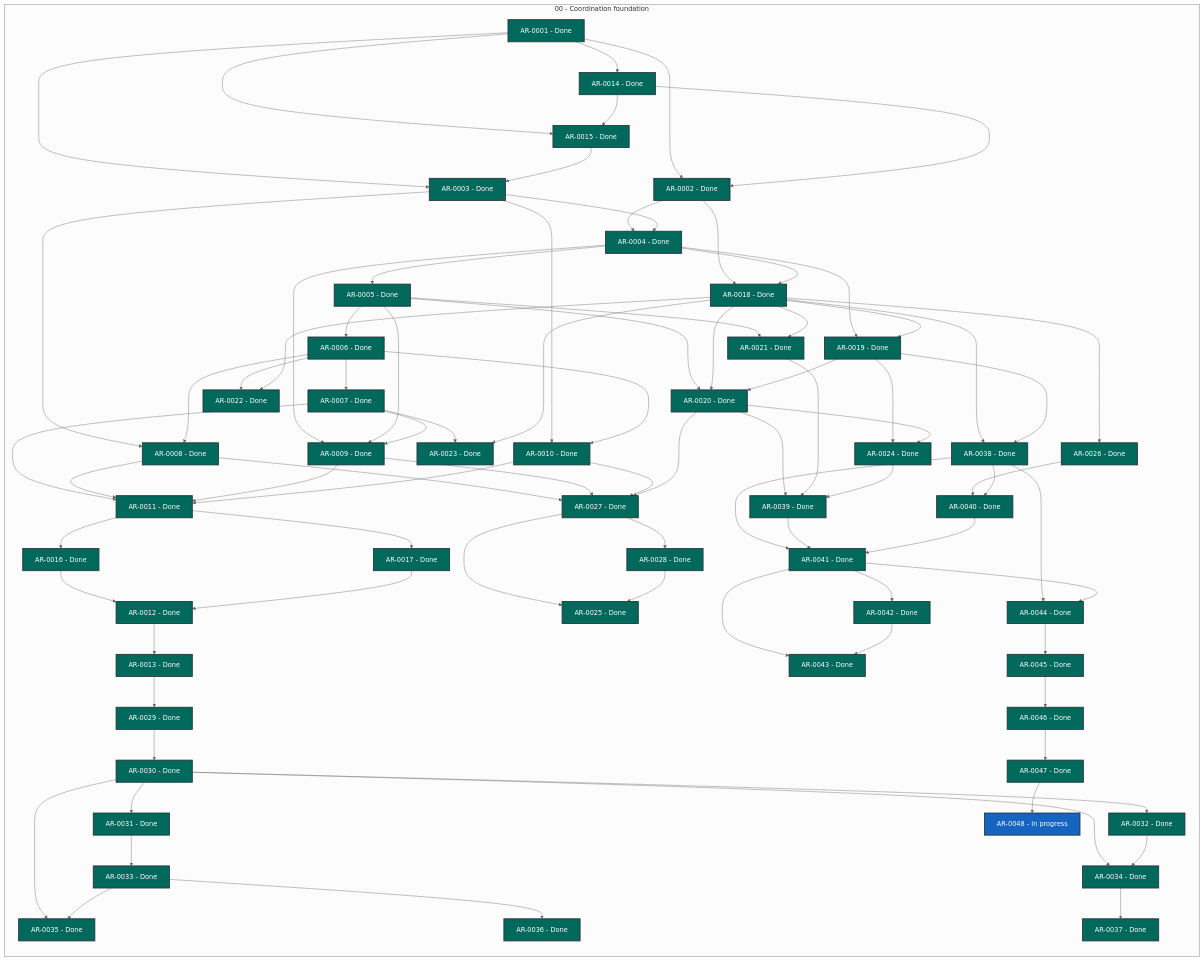
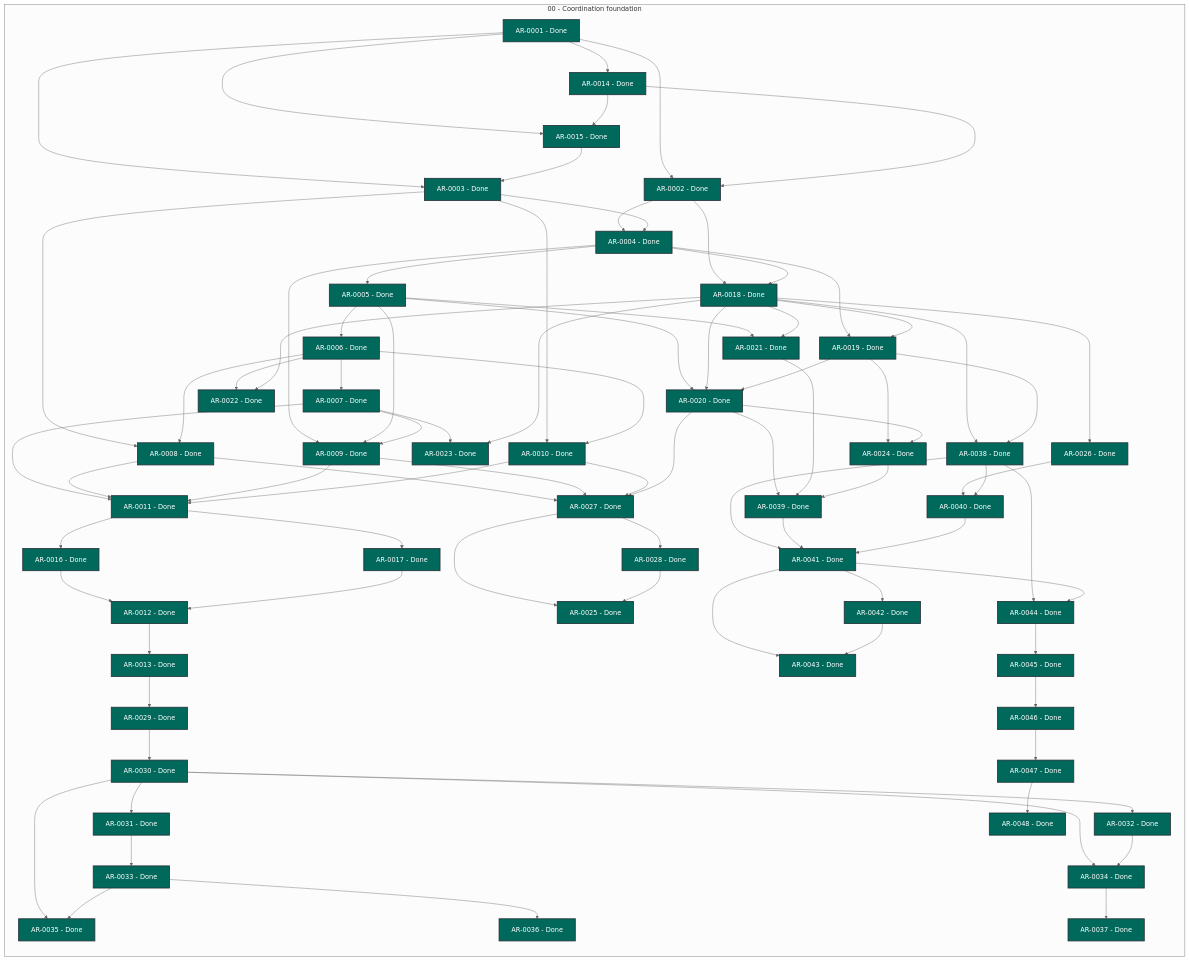
One commit to martin-beck/agent-workflow-tui-state changed the diagram in STATUS.md. Above: the diagram before and after it, drawn with Mermaid (neutral theme). The commit also changed other lines of this file and 2 other files, not shown here.

```diff
--- a/STATUS.md
+++ b/STATUS.md
@@ -75,7 +75,7 @@
         AR_0045["AR-0045 - Done"]:::status_done
         AR_0046["AR-0046 - Done"]:::status_done
         AR_0047["AR-0047 - Done"]:::status_done
-        AR_0048["AR-0048 - In progress"]:::status_in_progress
+        AR_0048["AR-0048 - Done"]:::status_done
     end
     AR_0001 --> AR_0002
     AR_0001 --> AR_0003
```
